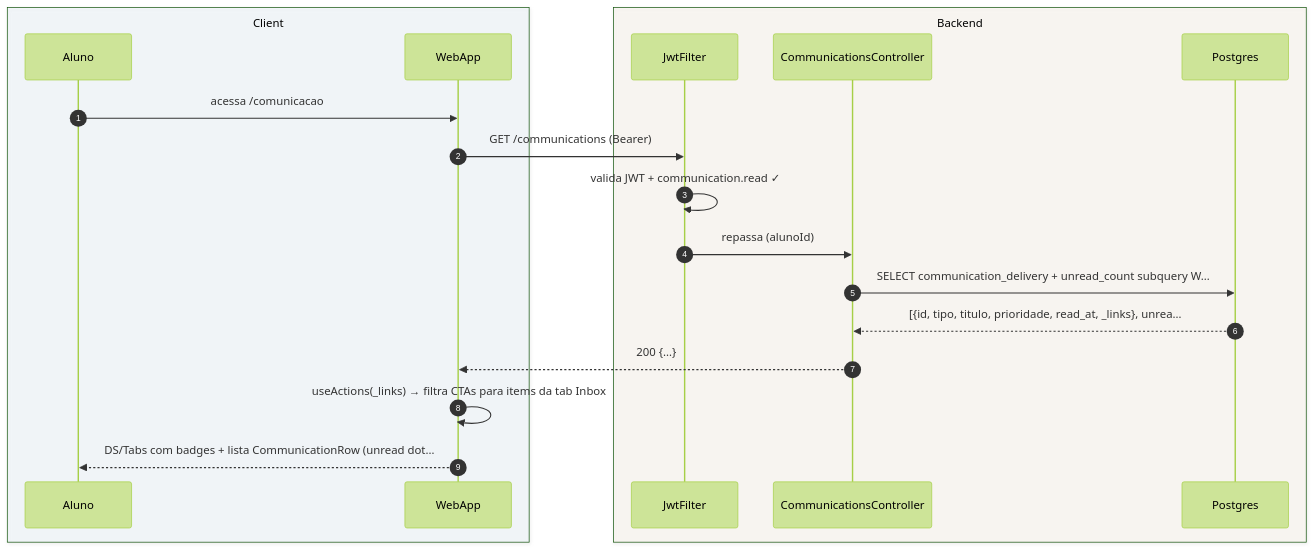
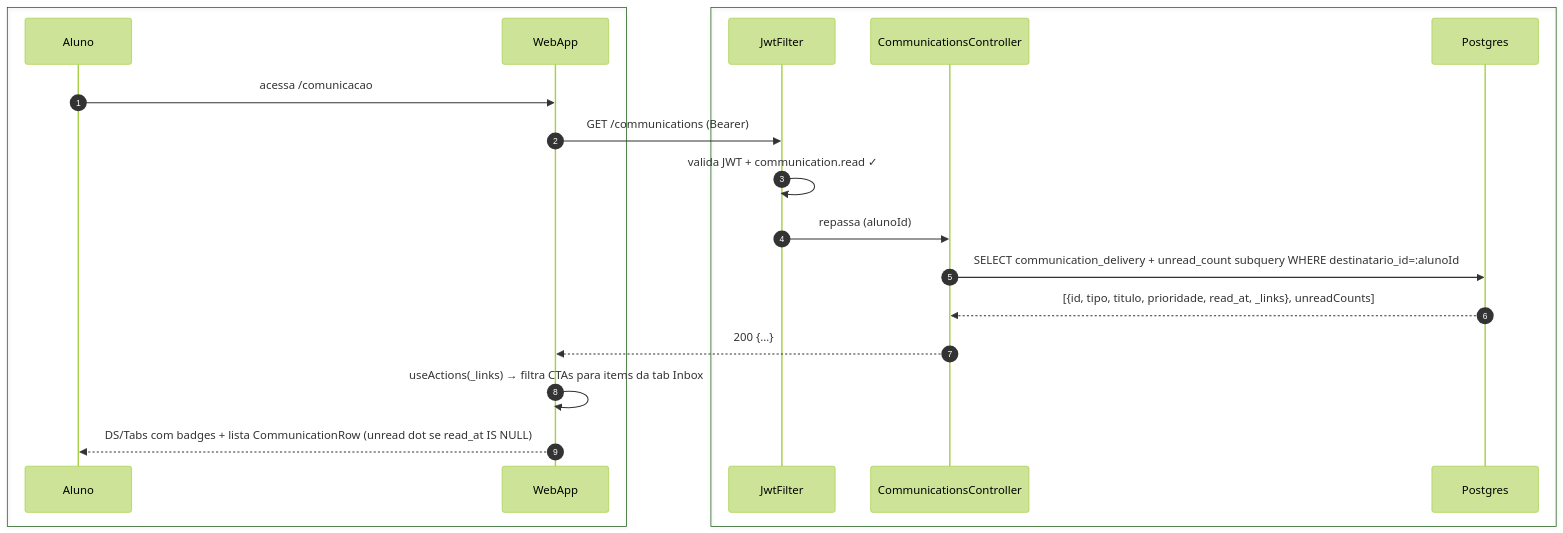
Before and after one commit to umishell/secretariaOnline2: the first of 3 diagrams in foundationDocs/sequenceDiagrams/F1 — Aluno/US-F1-004-COMUNICACAO.md, drawn with Mermaid (forest theme). The commit also changed other lines of this file and 70 other files, not shown here.

First line of the commit message:
Enhance database documentation and introduce new schema files

````diff
--- a/foundationDocs/sequenceDiagrams/F1 — Aluno/US-F1-004-COMUNICACAO.md
+++ b/foundationDocs/sequenceDiagrams/F1 — Aluno/US-F1-004-COMUNICACAO.md
@@ -47,23 +47,23 @@
 ```mermaid
 sequenceDiagram
     autonumber
-    box rgba(230,245,255,0.3) Client
+    box #e8f4fc Cliente
         participant Aluno
         participant WebApp
     end
-    box rgba(255,245,230,0.3) Backend
+    box #fff8ee Servidor
         participant JwtFilter
         participant CommunicationsController
         participant Postgres
     end
 
     Aluno->>WebApp: acessa /comunicacao
     WebApp->>JwtFilter: GET /communications (Bearer)
     JwtFilter->>JwtFilter: valida JWT + communication.read ✓
     JwtFilter->>CommunicationsController: repassa (alunoId)
-    CommunicationsController->>Postgres: SELECT communication_delivery + unread_count subquery W…
-    Postgres-->>CommunicationsController: [{id, tipo, titulo, prioridade, read_at, _links}, unrea…
+    CommunicationsController->>Postgres: SELECT communication_delivery + unread_count subquery WHERE destinatario_id=:alunoId
+    Postgres-->>CommunicationsController: [{id, tipo, titulo, prioridade, read_at, _links}, unreadCounts]
     CommunicationsController-->>WebApp: 200 {…}
     WebApp->>WebApp: useActions(_links) → filtra CTAs para items da tab Inbox
-    WebApp-->>Aluno: DS/Tabs com badges + lista CommunicationRow (unread dot…
+    WebApp-->>Aluno: DS/Tabs com badges + lista CommunicationRow (unread dot se read_at IS NULL)
 ```
````
